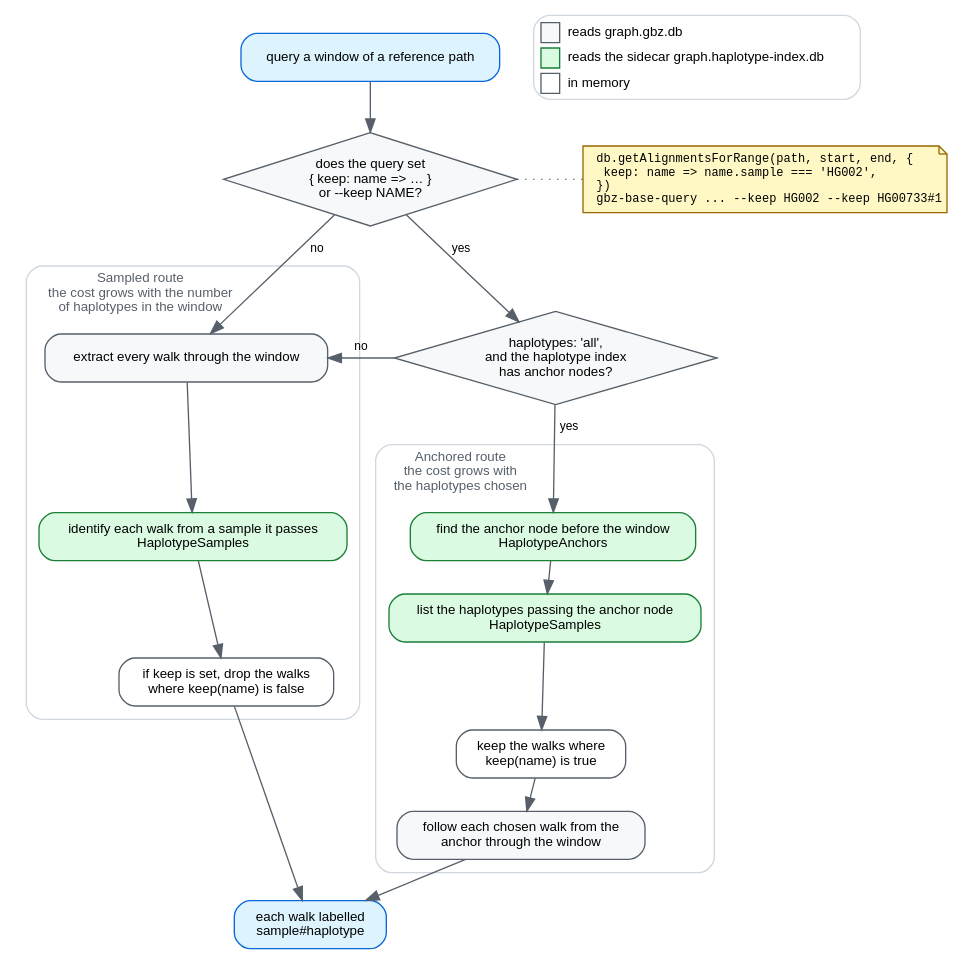
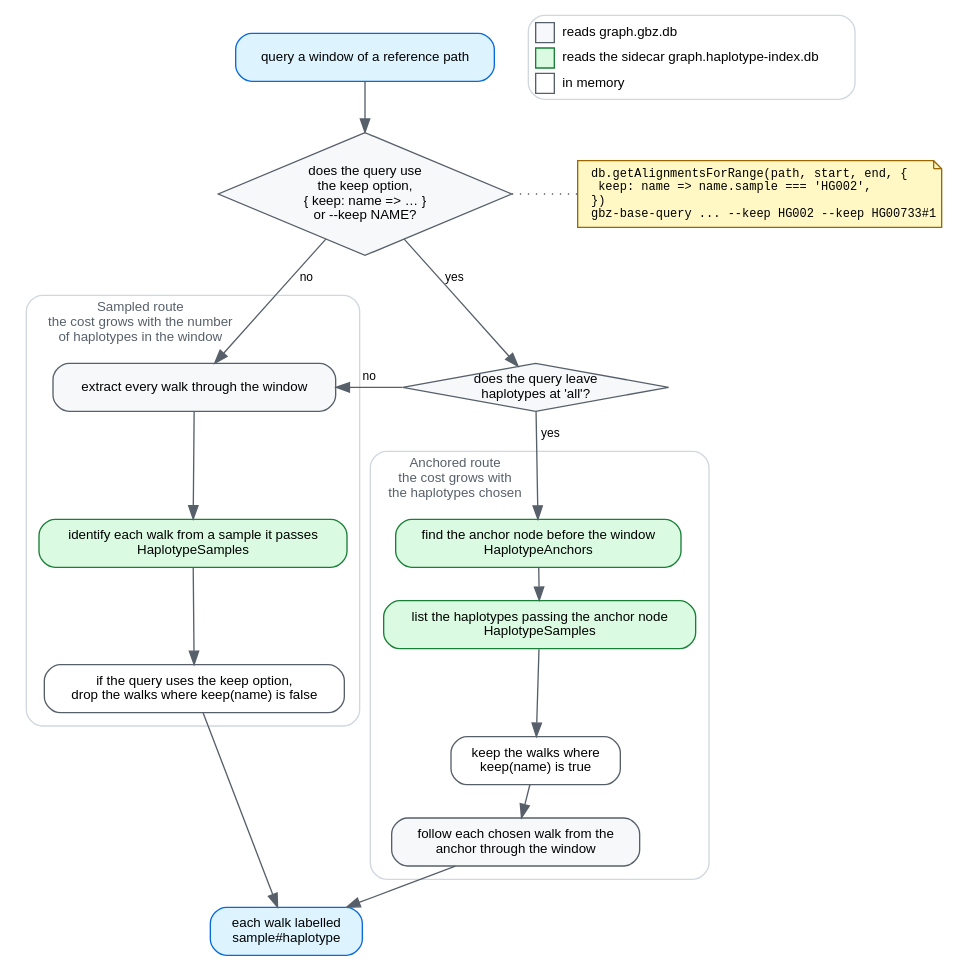
Before and after one commit to GMOD/gbz-base-js: the diagram in docs/img/naming-routes.dot, drawn with Graphviz. The commit also changed 7 other files, not shown here.

First line of the commit message:
Docs: say "a query that uses the keep option", add docs/CLAUDE.md

```diff
--- a/docs/img/naming-routes.dot
+++ b/docs/img/naming-routes.dot
@@ -1,77 +1,77 @@
 // Source for docs/img/naming-routes.svg, which docs/haplotype-index.md embeds.
 // Regenerate with: dot -Tsvg docs/img/naming-routes.dot -o docs/img/naming-routes.svg
 // Palette matches dataflow.dot.
 //
 // Main paths only. The anchored route's two fallbacks (a chosen haplotype
 // missing from the anchor, a walk that never reaches the window) are prose in
 // haplotype-index.md; drawn, their dashed edges crossed both clusters and
 // buried the choice the diagram exists to show.
 digraph namingroutes {
   rankdir=TB
   bgcolor="white"
   nodesep=0.35
   ranksep=0.32
   newrank=true
   node [shape=box style="filled,rounded" fillcolor="#f6f8fa" color="#57606a"
         fontname="Helvetica" fontsize=10 margin="0.14,0.07"]
   edge [color="#57606a" fontname="Helvetica" fontsize=9]
 
   query  [label="query a window of a reference path" fillcolor="#ddf4ff" color="#0969da"]
-  choose [label="does the query set\n{ keep: name => … }\nor --keep NAME?" shape=diamond style=filled margin="0.02,0.02"]
-  anchors [label="haplotypes: 'all',\nand the haplotype index\nhas anchor nodes?" shape=diamond style=filled margin="0.02,0.02"]
+  choose [label="does the query use\nthe keep option,\n{ keep: name => … }\nor --keep NAME?" shape=diamond style=filled margin="0.02,0.02"]
+  anchors [label="does the query leave\nhaplotypes at 'all'?" shape=diamond style=filled margin="0.02,0.02"]
   how    [label="db.getAlignmentsForRange(path, start, end, {\l  keep: name => name.sample === 'HG002',\l})\lgbz-base-query ... --keep HG002 --keep HG00733#1\l"
           shape=note fontname="Courier" fontsize=9 fillcolor="#fff8c5" color="#9a6700"]
   { rank=same; choose; how }
   choose -> how [style=dotted arrowhead=none]
   out    [label="each walk labelled\nsample#haplotype" fillcolor="#ddf4ff" color="#0969da"]
 
   legend [shape=plaintext style="" margin=0 label=<
     <table border="1" color="#d0d7de" cellborder="0" cellspacing="4" cellpadding="2" style="rounded">
       <tr><td border="1" bgcolor="#f6f8fa" color="#57606a" width="14"></td><td align="left">reads graph.gbz.db</td></tr>
       <tr><td border="1" bgcolor="#dafbe1" color="#1a7f37" width="14"></td><td align="left">reads the sidecar graph.haplotype-index.db</td></tr>
       <tr><td border="1" bgcolor="white" color="#57606a" width="14"></td><td align="left">in memory</td></tr>
     </table>>]
   { rank=same; query; legend }
 
   query -> choose
 
   subgraph cluster_sampled {
     label="Sampled route\nthe cost grows with the number\nof haplotypes in the window"
     labelloc="t"
     labeljust="l"
     fontname="Helvetica"
     fontsize=10
     fontcolor="#57606a"
     color="#d0d7de"
     style="rounded"
     margin=10
     s1 [label="extract every walk through the window"]
     s2 [label="identify each walk from a sample it passes\nHaplotypeSamples" fillcolor="#dafbe1" color="#1a7f37"]
-    s3 [label="if keep is set, drop the walks\nwhere keep(name) is false" fillcolor="white"]
+    s3 [label="if the query uses the keep option,\ndrop the walks where keep(name) is false" fillcolor="white"]
     s1 -> s2 -> s3
   }
 
   subgraph cluster_anchored {
     label="Anchored route\nthe cost grows with\nthe haplotypes chosen"
     labelloc="t"
     labeljust="l"
     fontname="Helvetica"
     fontsize=10
     fontcolor="#57606a"
     color="#d0d7de"
     style="rounded"
     margin=10
     a1 [label="find the anchor node before the window\nHaplotypeAnchors" fillcolor="#dafbe1" color="#1a7f37"]
     a2 [label="list the haplotypes passing the anchor node\nHaplotypeSamples" fillcolor="#dafbe1" color="#1a7f37"]
     a2b [label="keep the walks where\nkeep(name) is true" fillcolor="white"]
     a3 [label="follow each chosen walk from the\nanchor through the window"]
     a1 -> a2 -> a2b -> a3
   }
 
   choose -> s1 [label=" no "]
   choose -> anchors [label=" yes "]
   anchors -> s1 [label=" no " constraint=false]
   anchors -> a1 [label=" yes "]
   s3 -> out
   a3 -> out
 }
```
